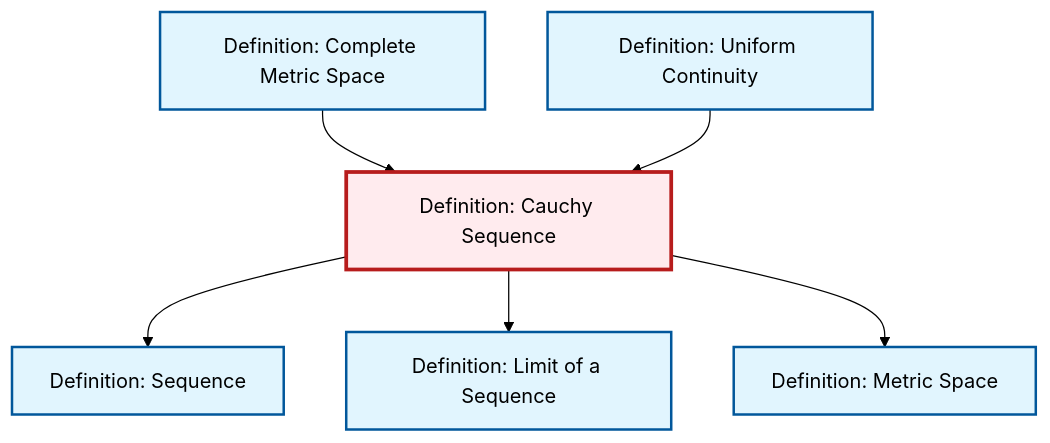
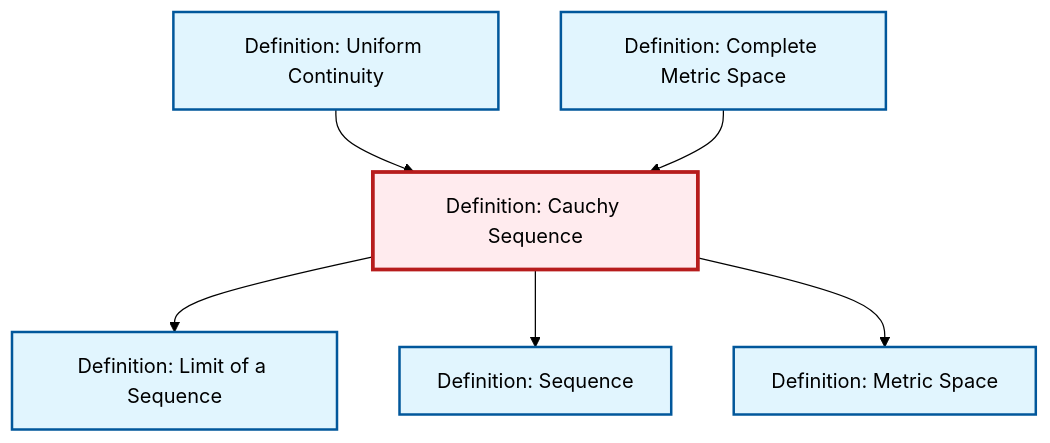
One commit to RK0429/ModernMath changed the diagram in content/ja/analysis/def-cauchy-sequence.qmd. Above: the diagram before and after it, drawn with Mermaid (forest theme). The commit also changed other lines of this file and 597 other files, not shown here.

````diff
--- a/content/ja/analysis/def-cauchy-sequence.qmd
+++ b/content/ja/analysis/def-cauchy-sequence.qmd
@@ -89,26 +89,26 @@
 ```{mermaid}
 %%| fig-cap: "Local dependency graph"
 graph TD
     classDef definition fill:#e1f5fe,stroke:#01579b,stroke-width:2px
     classDef theorem fill:#f3e5f5,stroke:#4a148c,stroke-width:2px
     classDef axiom fill:#fff3e0,stroke:#e65100,stroke-width:2px
     classDef example fill:#e8f5e9,stroke:#1b5e20,stroke-width:2px
     classDef current fill:#ffebee,stroke:#b71c1c,stroke-width:3px
+    def-complete-metric-space["Definition: Complete Metric Space"]:::definition
     def-uniform-continuity["Definition: Uniform Continuity"]:::definition
     def-metric-space["Definition: Metric Space"]:::definition
     def-cauchy-sequence["Definition: Cauchy Sequence"]:::definition
+    def-sequence["Definition: Sequence"]:::definition
     def-limit["Definition: Limit of a Sequence"]:::definition
-    def-sequence["Definition: Sequence"]:::definition
-    def-complete-metric-space["Definition: Complete Metric Space"]:::definition
+    def-uniform-continuity --> def-cauchy-sequence
+    def-complete-metric-space --> def-cauchy-sequence
+    def-cauchy-sequence --> def-limit
     def-cauchy-sequence --> def-sequence
-    def-cauchy-sequence --> def-limit
     def-cauchy-sequence --> def-metric-space
-    def-complete-metric-space --> def-cauchy-sequence
-    def-uniform-continuity --> def-cauchy-sequence
     class def-cauchy-sequence current
+    click def-complete-metric-space "def-complete-metric-space.html" "Definition: Complete Metric Spaceへ"
     click def-uniform-continuity "def-uniform-continuity.html" "Definition: Uniform Continuityへ"
     click def-metric-space "def-metric-space.html" "Definition: Metric Spaceへ"
+    click def-sequence "def-sequence.html" "Definition: Sequenceへ"
     click def-limit "def-limit.html" "Definition: Limit of a Sequenceへ"
-    click def-sequence "def-sequence.html" "Definition: Sequenceへ"
-    click def-complete-metric-space "def-complete-metric-space.html" "Definition: Complete Metric Spaceへ"
 ```
````
